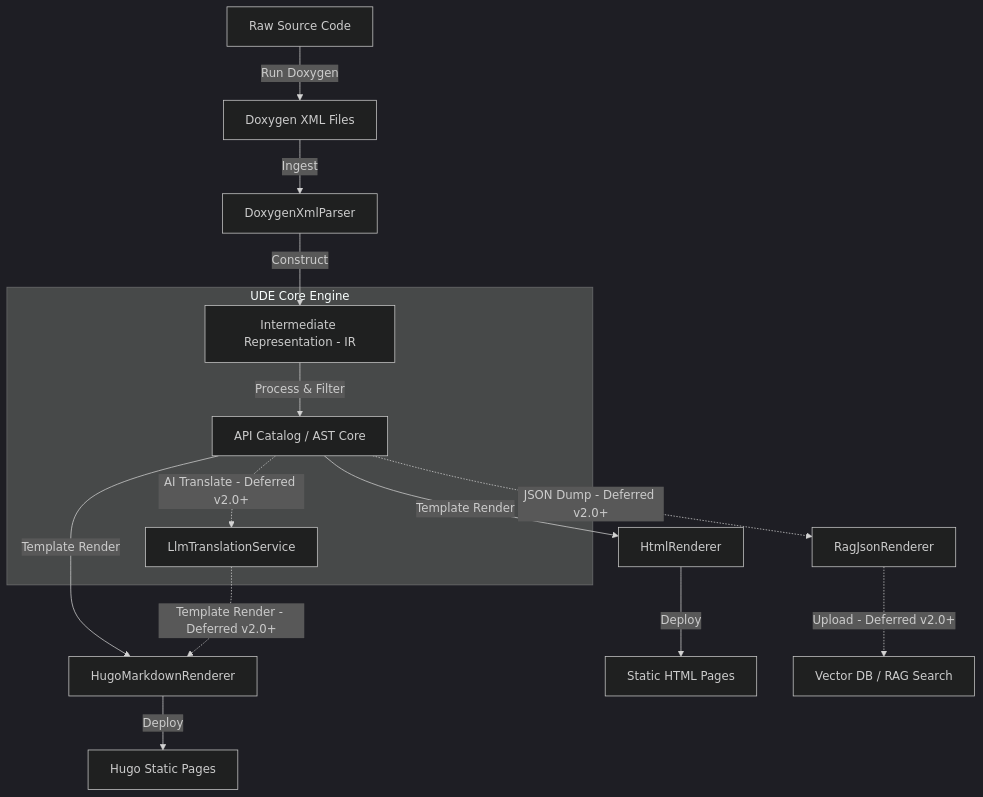
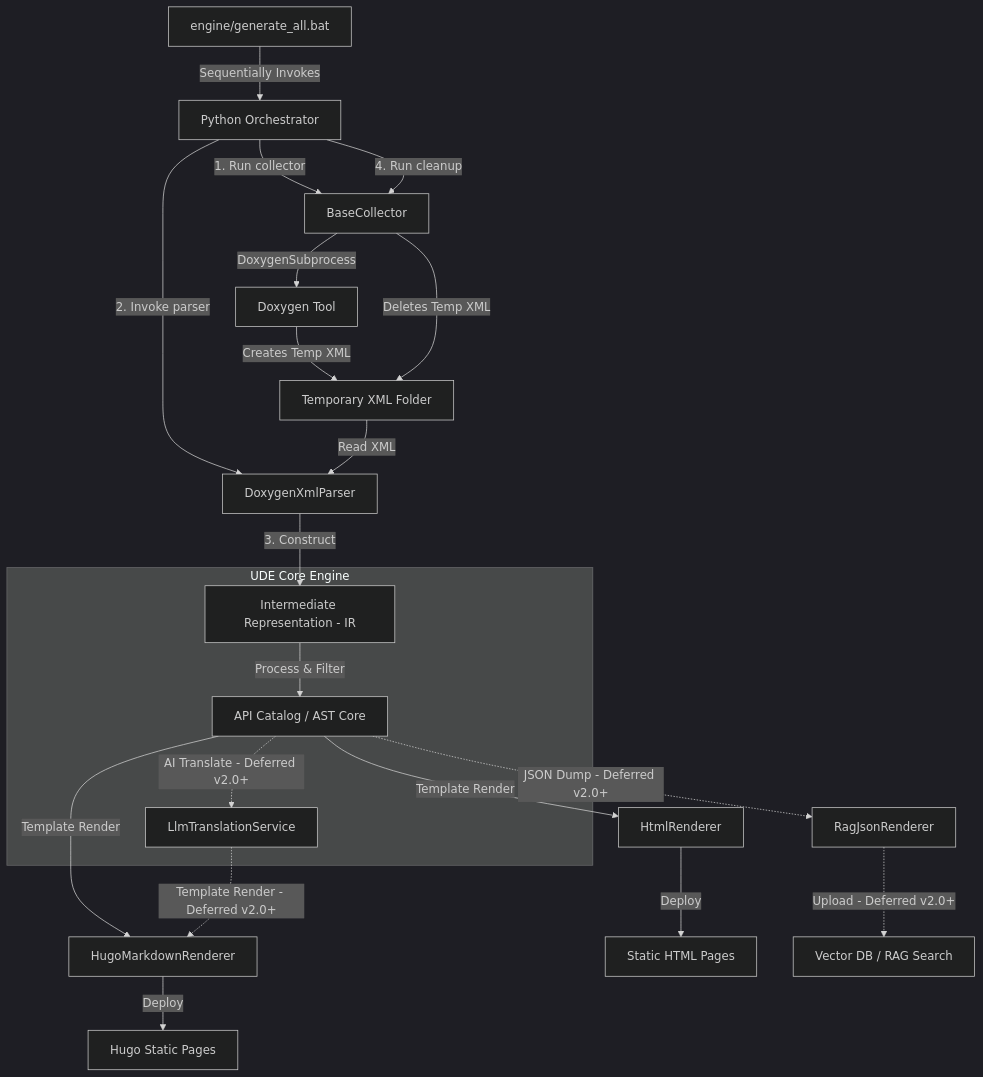
One commit to Sir-Derryk/ude-design-docs changed the diagram in docs/sdd/architecture.md. Above: the diagram before and after it, drawn with Mermaid (dark theme). The commit also changed other lines of this file and 3 other files, not shown here.

Commit message:
feat(specs): add python and raw source checks to environment validation, specify hierarchical scripts

````diff
--- a/docs/sdd/architecture.md
+++ b/docs/sdd/architecture.md
@@ -9,20 +9,26 @@
 ```mermaid
 graph TD
-    A[Raw Source Code] -->|Run Doxygen| B[Doxygen XML Files]
-    B -->|Ingest| C[DoxygenXmlParser]
-    C -->|Construct| D[Intermediate Representation - IR]
+    CF[engine/generate_all.bat] -->|Sequentially Invokes| OR[Python Orchestrator]
+    OR -->|1. Run collector| BC[BaseCollector]
+    BC -->|DoxygenSubprocess| DOX[Doxygen Tool]
+    DOX -->|Creates Temp XML| TMP[Temporary XML Folder]
+    OR -->|2. Invoke parser| PAR[DoxygenXmlParser]
+    TMP -->|Read XML| PAR
+    PAR -->|3. Construct| IR[Intermediate Representation - IR]
+    OR -->|4. Run cleanup| BC
+    BC -->|Deletes Temp XML| TMP
     
     subgraph UDE Core Engine
-        D -->|Process & Filter| E[API Catalog / AST Core]
+        IR -->|Process & Filter| E[API Catalog / AST Core]
         E -.->|AI Translate - Deferred v2.0+| LT[LlmTranslationService]
     end
     
     E -->|Template Render| F[HugoMarkdownRenderer]
     E -->|Template Render| FH[HtmlRenderer]
     LT -.->|Template Render - Deferred v2.0+| F
     E -.->|JSON Dump - Deferred v2.0+| G[RagJsonRenderer]
     
     F -->|Deploy| H[Hugo Static Pages]
     FH -->|Deploy| HH[Static HTML Pages]
     G -.->|Upload - Deferred v2.0+| I[Vector DB / RAG Search]
 ```
````
